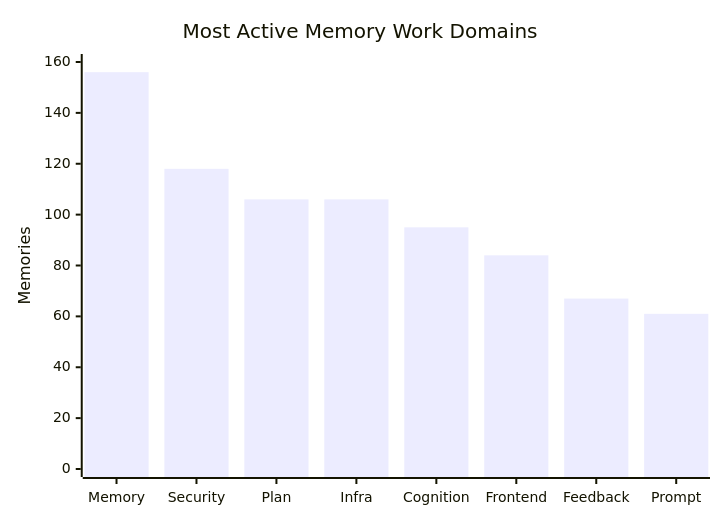
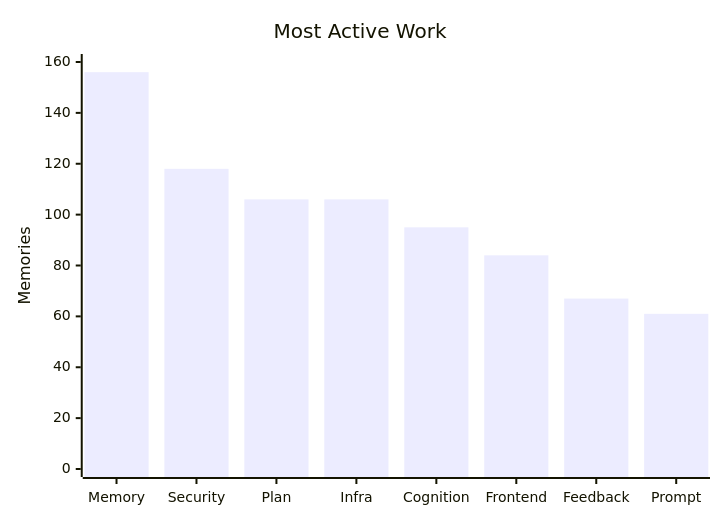
One commit to andmigque/Memory changed the second of 5 diagrams in README.md. Above: the diagram before and after it, drawn with Mermaid.

Commit message:
Update chart title in README.md

````diff
--- a/README.md
+++ b/README.md
@@ -49,7 +49,7 @@
 ```mermaid
 xychart-beta
-    title "Most Active Memory Work Domains"
+    title "Most Active Work"
     x-axis ["Memory", "Security", "Plan", "Infra", "Cognition", "Frontend", "Feedback", "Prompt"]
     y-axis "Memories" 0 --> 160
     bar [156, 118, 106, 106, 95, 84, 67, 61]
 ```
````
